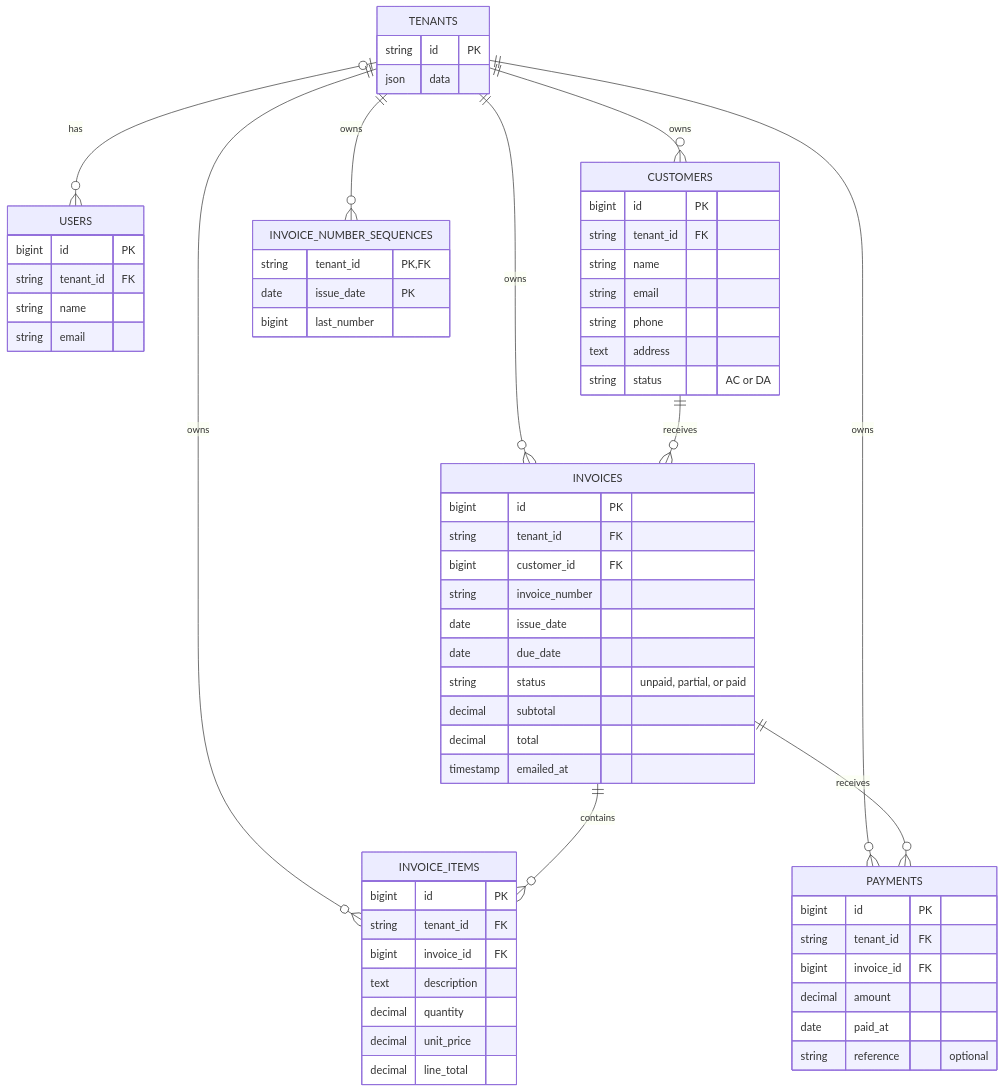
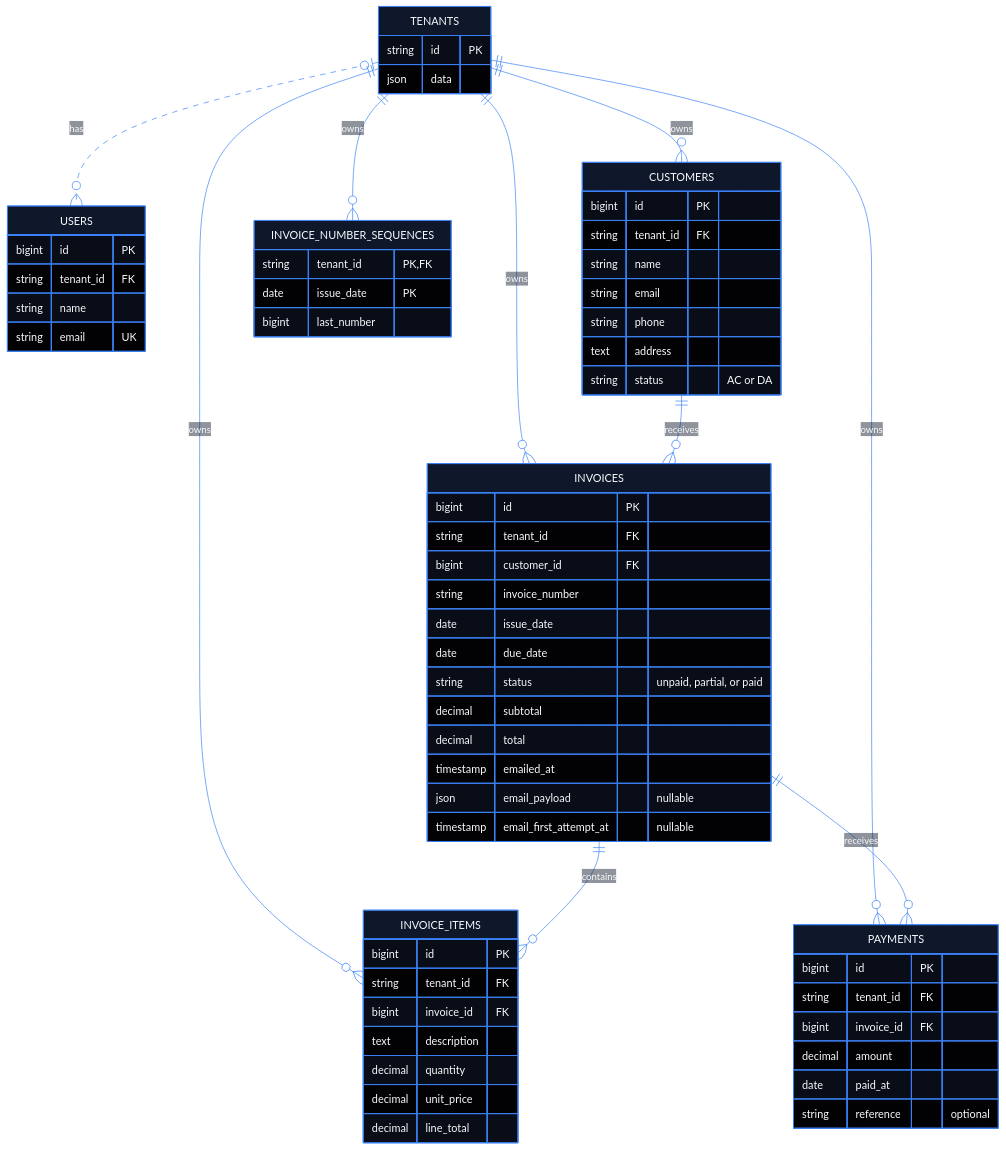
Before and after one commit to JunXianHoo/accounting_saas: the diagram in docs/erd.md, drawn with Mermaid.

Commit message:
Update ERD schema and improve contrast

````diff
--- a/docs/erd.md
+++ b/docs/erd.md
@@ -5,6 +5,22 @@
 ```mermaid
+---
+config:
+    theme: base
+    themeVariables:
+        darkMode: true
+        primaryColor: '#0f172a'
+        primaryTextColor: '#f8fafc'
+        primaryBorderColor: '#3b82f6'
+        textColor: '#f8fafc'
+        nodeTextColor: '#f8fafc'
+        lineColor: '#3b82f6'
+        tertiaryColor: '#1e293b'
+        edgeLabelBackground: '#1e293b'
+        attributeBackgroundColorOdd: '#1e293b'
+        attributeBackgroundColorEven: '#334155'
+---
 erDiagram
-    TENANTS o|--o{ USERS : has
+    TENANTS o|..o{ USERS : has
     TENANTS ||--o{ CUSTOMERS : owns
     TENANTS ||--o{ INVOICES : owns
     TENANTS ||--o{ INVOICE_NUMBER_SEQUENCES : owns
@@ -22,7 +38,7 @@
         bigint id PK
         string tenant_id FK
         string name
-        string email
+        string email UK
     }
     CUSTOMERS {
         bigint id PK
@@ -44,6 +60,8 @@
         decimal subtotal
         decimal total
         timestamp emailed_at
+        json email_payload "nullable"
+        timestamp email_first_attempt_at "nullable"
     }
     INVOICE_NUMBER_SEQUENCES {
         string tenant_id PK, FK
````
